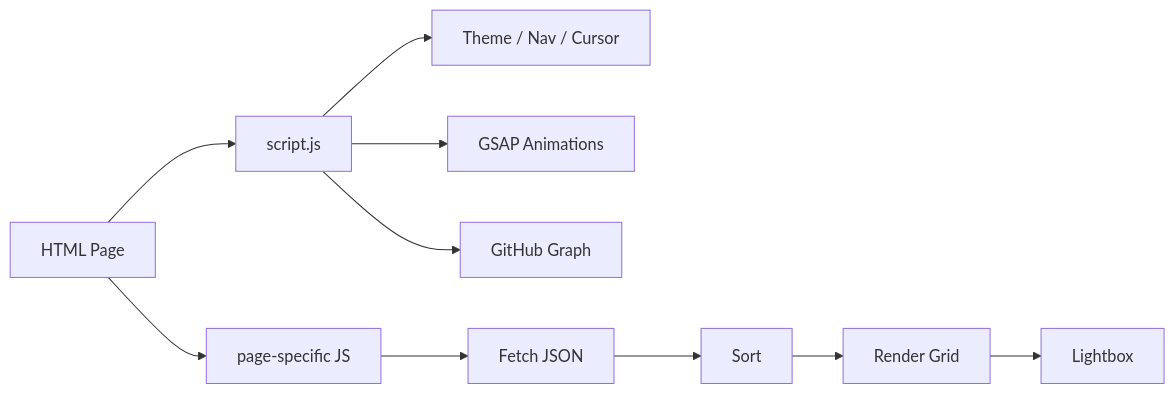
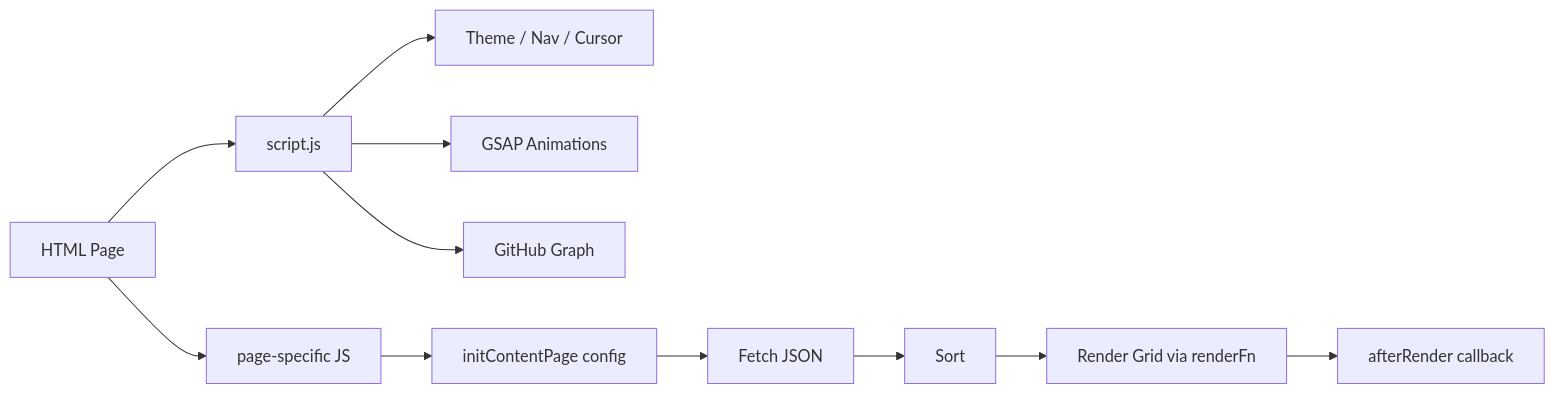
The diagram in docs/architecture.md (Rainier-PS/rainier-ps.github.io), drawn with Mermaid before and after one commit. The commit also changed other lines of this file and 15 other files, not shown here.

````diff
--- a/docs/architecture.md
+++ b/docs/architecture.md
@@ -90,12 +86,13 @@
 ```mermaid
 flowchart LR
     A[HTML Page] --> B[script.js]
     A --> C[page-specific JS]
     B --> D[Theme / Nav / Cursor]
     B --> E[GSAP Animations]
     B --> F[GitHub Graph]
-    C --> G[Fetch JSON]
-    G --> H[Sort]
-    H --> I[Render Grid]
-    I --> J[Lightbox]
+    C --> G[initContentPage config]
+    G --> H[Fetch JSON]
+    H --> I[Sort]
+    I --> J[Render Grid via renderFn]
+    J --> K[afterRender callback]
 ```
````
